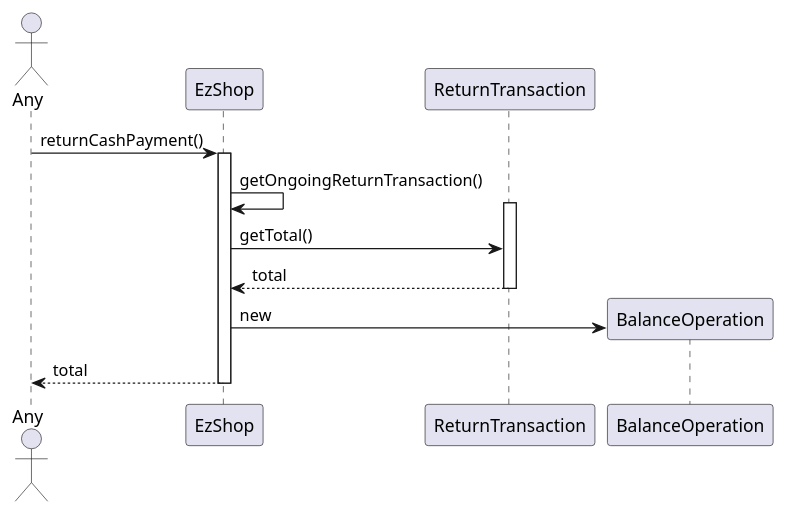
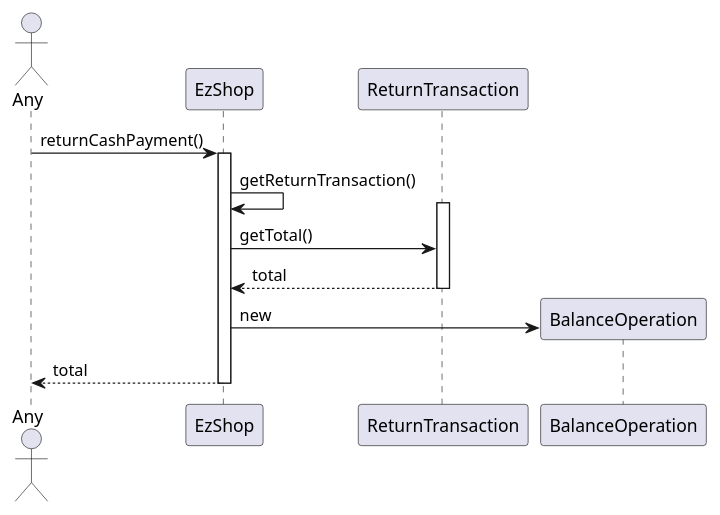
Before and after one commit to paocela/EzShop: diagram 18 of 18 in Deliverables/DesignDocument.md, drawn with PlantUML. The commit also changed other lines of this file, not shown here.

Commit message:
Changed return transaction retrieval

````diff
--- a/Deliverables/DesignDocument.md
+++ b/Deliverables/DesignDocument.md
@@ -340,13 +340,13 @@
 ```plantuml
 actor Any
 Any -> EzShop : returnCashPayment()
 activate EzShop
-EzShop -> EzShop : getOngoingReturnTransaction()
+EzShop -> EzShop : getReturnTransaction()
 activate ReturnTransaction
 EzShop -> ReturnTransaction  : getTotal()
 EzShop <-- ReturnTransaction  : total
 deactivate ReturnTransaction
 EzShop -> BalanceOperation  ** : new
 Any <-- EzShop : total 
 deactivate EzShop
 ```
````
